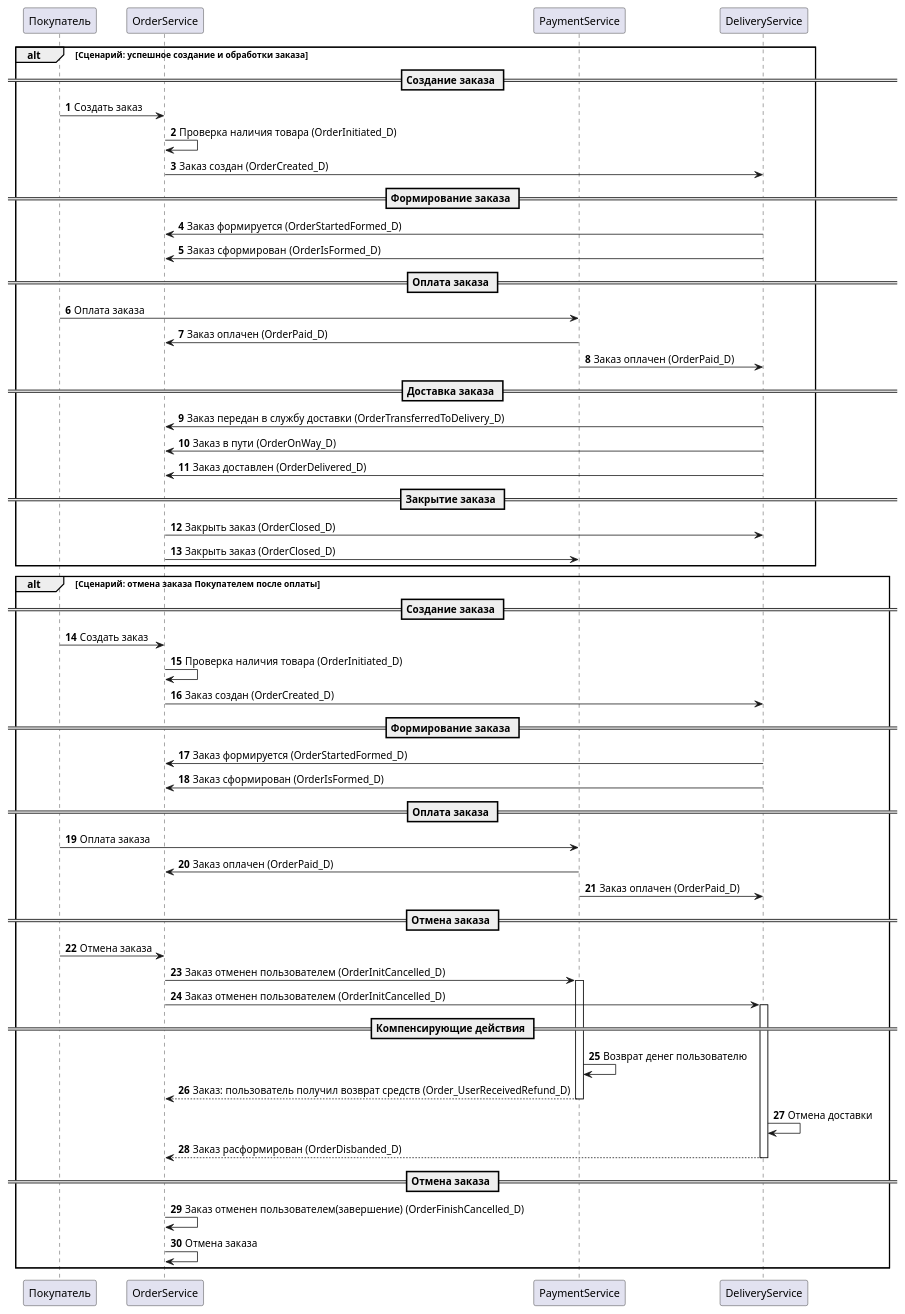
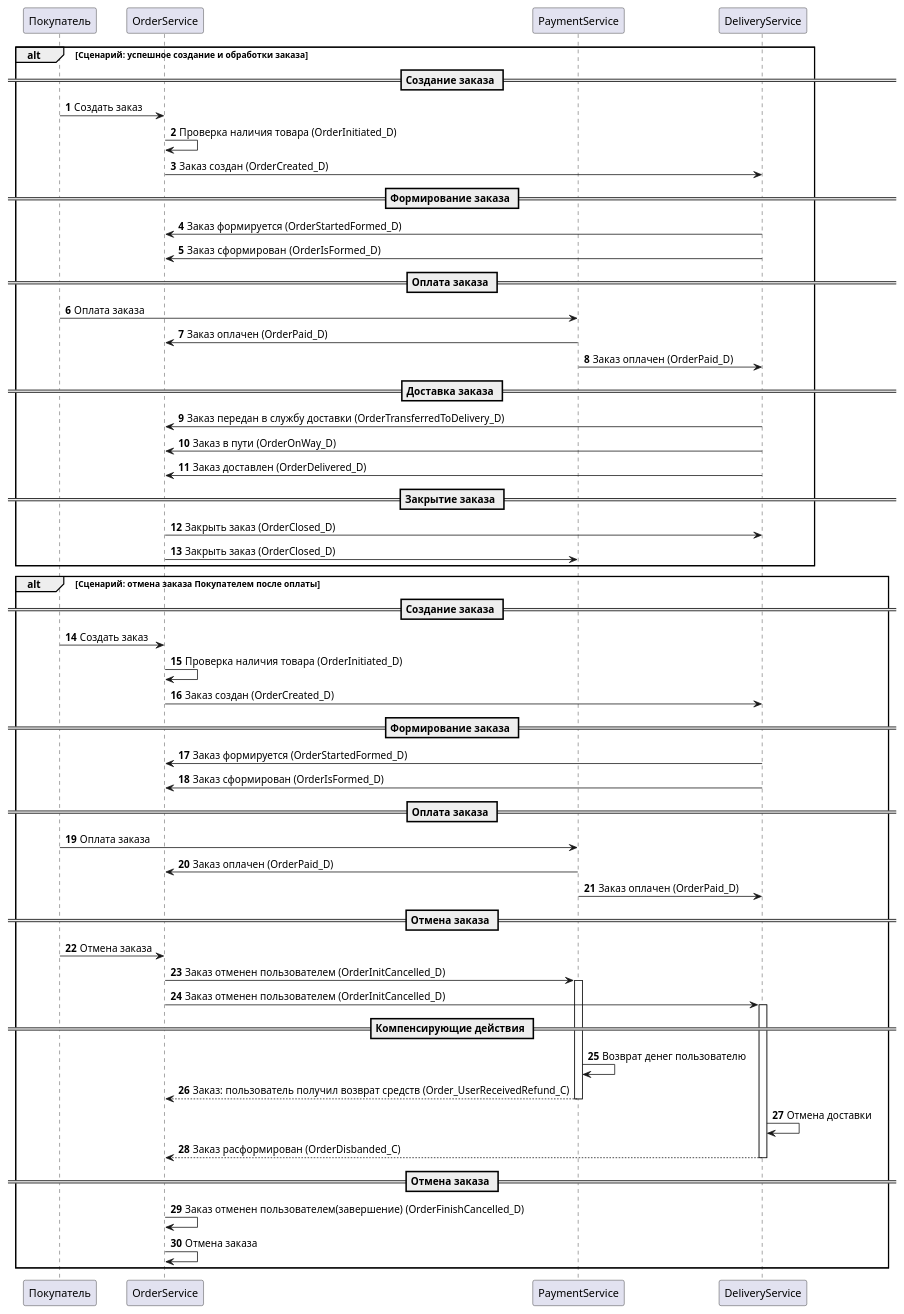
The diagram in Task1/ADR-002-Часть 2. Проектирование Saga для оформления заказа.md (SurkovAleksandr/MSA-3-NovaMarket), drawn with PlantUML before and after one commit. The commit also changed other lines of this file, not shown here.

Commit message:
task 1: fix naming

````diff
--- a/Task1/ADR-002-Часть 2. Проектирование Saga для оформления заказа.md
+++ b/Task1/ADR-002-Часть 2. Проектирование Saga для оформления заказа.md
@@ -38,69 +38,69 @@
 ```plantuml
 @startuml
 autonumber
 
 participant Покупатель
 participant OrderService
 participant PaymentService
 participant DeliveryService
 
 alt Сценарий: успешное создание и обработки заказа
     == Создание заказа ==
     Покупатель -> OrderService: Создать заказ 
     OrderService -> OrderService: Проверка наличия товара (OrderInitiated_D)
     OrderService -> DeliveryService: Заказ создан (OrderCreated_D)
 
     == Формирование заказа ==
     DeliveryService -> OrderService: Заказ формируется (OrderStartedFormed_D)
     DeliveryService -> OrderService: Заказ сформирован  (OrderIsFormed_D)
 
     == Оплата заказа ==
     Покупатель -> PaymentService: Оплата заказа
     PaymentService -> OrderService: Заказ оплачен (OrderPaid_D)
     PaymentService -> DeliveryService: Заказ оплачен (OrderPaid_D)
 
     == Доставка заказа ==
     DeliveryService -> OrderService: Заказ передан в службу доставки (OrderTransferredToDelivery_D)
     DeliveryService -> OrderService: Заказ в пути (OrderOnWay_D)
     DeliveryService -> OrderService: Заказ доставлен (OrderDelivered_D)
 
     == Закрытие заказа ==
     OrderService -> DeliveryService: Закрыть заказ (OrderClosed_D)
     OrderService -> PaymentService: Закрыть заказ (OrderClosed_D)
 end
 
 
 alt Сценарий: отмена заказа Покупателем после оплаты 
     == Создание заказа ==
     Покупатель -> OrderService: Создать заказ 
     OrderService -> OrderService: Проверка наличия товара (OrderInitiated_D)
     OrderService -> DeliveryService: Заказ создан (OrderCreated_D)
 
     == Формирование заказа ==
     DeliveryService -> OrderService: Заказ формируется (OrderStartedFormed_D)
     DeliveryService -> OrderService: Заказ сформирован (OrderIsFormed_D)
 
     == Оплата заказа ==
     Покупатель -> PaymentService: Оплата заказа
     PaymentService -> OrderService: Заказ оплачен (OrderPaid_D)
     PaymentService -> DeliveryService: Заказ оплачен (OrderPaid_D)
 
     == Отмена заказа ==
     Покупатель -> OrderService: Отмена заказа
     OrderService -> PaymentService++: Заказ отменен пользователем (OrderInitCancelled_D)
     OrderService -> DeliveryService++: Заказ отменен пользователем (OrderInitCancelled_D)
 
     == Компенсирующие действия ==
     PaymentService -> PaymentService: Возврат денег пользователю
-    PaymentService --> OrderService--: Заказ: пользователь получил возврат средств (Order_UserReceivedRefund_D)
+    PaymentService --> OrderService--: Заказ: пользователь получил возврат средств (Order_UserReceivedRefund_C)
     DeliveryService -> DeliveryService: Отмена доставки
-    DeliveryService --> OrderService--: Заказ расформирован (OrderDisbanded_D)
+    DeliveryService --> OrderService--: Заказ расформирован (OrderDisbanded_C)
 
     == Отмена заказа ==
     OrderService -> OrderService: Заказ отменен пользователем(завершение) (OrderFinishCancelled_D)
     OrderService -> OrderService: Отмена заказа
 end
 
 @enduml
 
 ```
````
